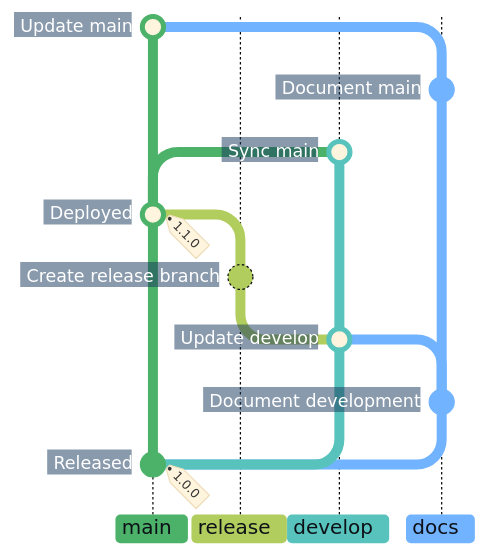
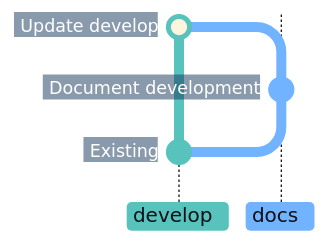
Before and after one commit to superhero/operations.superduper.solutions: the fifth of 7 diagrams in docs/adr/cicd.md, drawn with Mermaid. The commit also changed other lines of this file, not shown here.

First line of the commit message:
docs: split documentation graphs by merge target

````diff
--- a/docs/adr/cicd.md
+++ b/docs/adr/cicd.md
@@ -174,28 +178,14 @@
 ```mermaid
-%%{init: {"theme": "base", "themeCSS": "line.branch { stroke: #8B949E; stroke-width: 1px; stroke-dasharray: 1 4; stroke-linecap: round; } .branchLabel, .tag-label { font-weight: 700; } .tag-label-bkg, .commit-label-bkg { opacity: 0.9; } .tag-label-bkg { fill: #B8E6C4; stroke: #8ED3A2; } .branchLabelBkg { opacity: 1; clip-path: inset(0 8px 0 0 round 4px) fill-box; } .commit-labels g:last-of-type { visibility: hidden; } .commit-labels g { transform-box: fill-box; transform-origin: calc(100% + 17px) calc(50% + 2px); transform: rotate(-10deg); } .commit-label { font-weight: 700; transform: translateX(-8px); } .commit-label-bkg { stroke: #17365D; stroke-width: 20px; transform: translateX(-5px); clip-path: polygon(-4px -4px, calc(100% + 4px) -4px, calc(100% + 10px) 50%, calc(100% + 4px) calc(100% + 4px), -4px calc(100% + 4px)) fill-box; } .commit.branch { stroke: #B1CD5E; stroke-dasharray: none; }", "gitGraph": {"showCommitLabel": true, "rotateCommitLabel": false}, "themeVariables": {
+%%{init: {"theme": "base", "themeCSS": "line.branch { stroke: #8B949E; stroke-width: 1px; stroke-dasharray: 1 4; stroke-linecap: round; } .branchLabel, .tag-label { font-weight: 700; } .tag-label-bkg, .commit-label-bkg { opacity: 0.9; } .tag-label-bkg { fill: #B8E6C4; stroke: #8ED3A2; } .branchLabelBkg { opacity: 1; clip-path: inset(0 8px 0 0 round 4px) fill-box; } .commit-labels g:last-of-type { visibility: hidden; } .commit-labels g { transform-box: fill-box; transform-origin: calc(100% + 17px) calc(50% + 2px); transform: rotate(-10deg); } .commit-label { font-weight: 700; transform: translateX(-8px); } .commit-label-bkg { stroke: #17365D; stroke-width: 20px; transform: translateX(-5px); clip-path: polygon(-4px -4px, calc(100% + 4px) -4px, calc(100% + 10px) 50%, calc(100% + 4px) calc(100% + 4px), -4px calc(100% + 4px)) fill-box; }", "gitGraph": {"mainBranchName": "develop", "showCommitLabel": true, "rotateCommitLabel": false}, "themeVariables": {
     "commitLabelFontSize": "14px", "commitLabelColor": "#FFFFFF", "commitLabelBackground": "#17365D",
-    "git0": "#4CB269", "gitBranchLabel0": "#0D1117",
-    "git1": "#B1CD5E", "gitBranchLabel1": "#0D1117",
-    "git2": "#57C3BC", "gitBranchLabel2": "#0D1117",
-    "git3": "#71B3FF", "gitBranchLabel3": "#0D1117"
+    "git0": "#57C3BC", "gitBranchLabel0": "#0D1117",
+    "git1": "#71B3FF", "gitBranchLabel1": "#0D1117"
 }}}%%
 gitGraph BT:
-    %% Hide the initial note while retaining its commit connection and tag.
-    commit id: "Released" tag: "1.0.0"
-    branch develop order: 2
-    checkout main
-    branch docs order: 3
+    %% Hide the existing target commit note while retaining its connection.
+    commit id: "Existing"
+    branch docs order: 1
     commit id: "Document development"
     checkout develop
     merge docs id: "Update develop"
-    branch release order: 1
-    commit id: "Create release branch"
-    checkout main
-    merge release id: "Deployed" tag: "1.1.0"
-    checkout develop
-    merge main id: "Sync main"
-    checkout docs
-    commit id: "Document main"
-    checkout main
-    merge docs id: "Update main"
 ```
````
